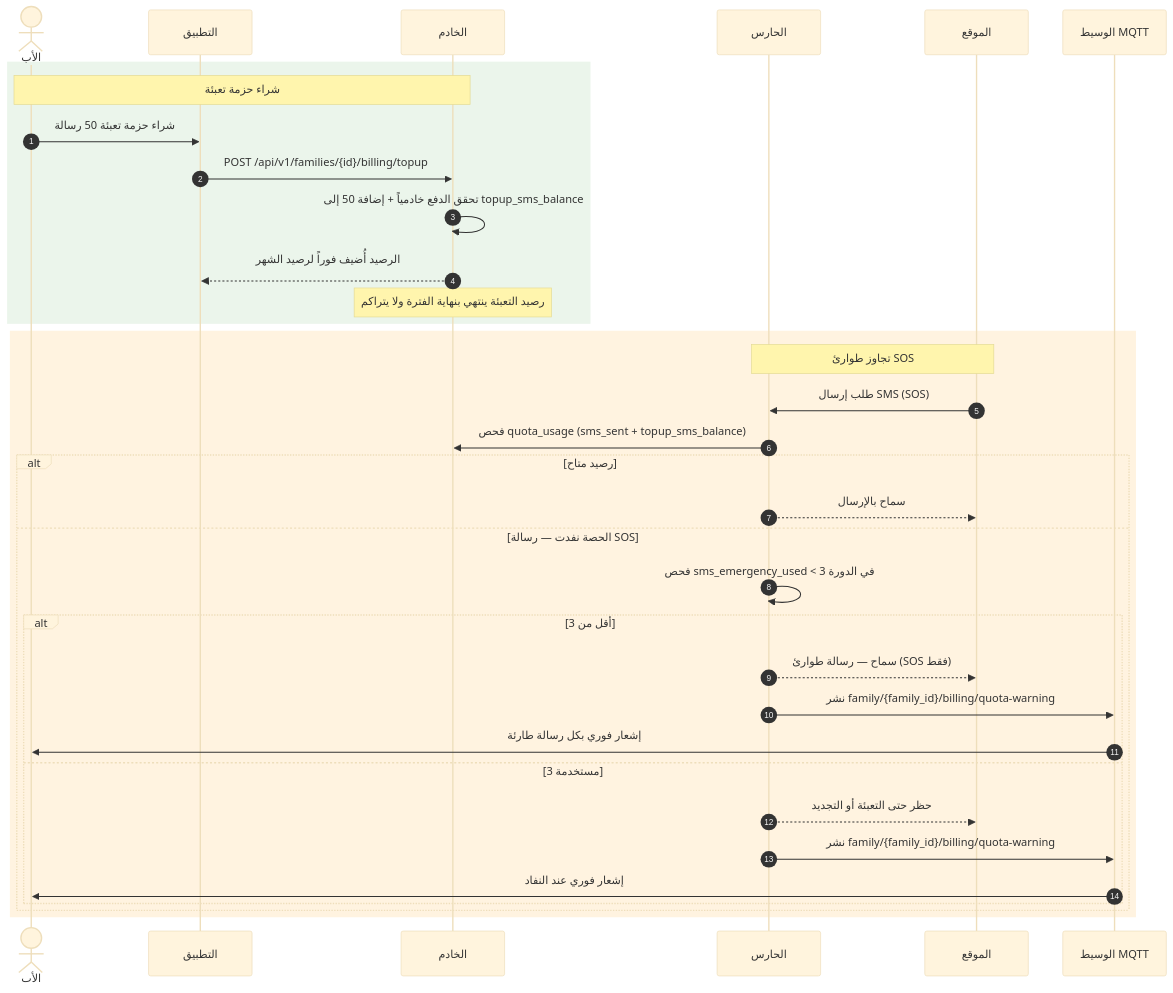
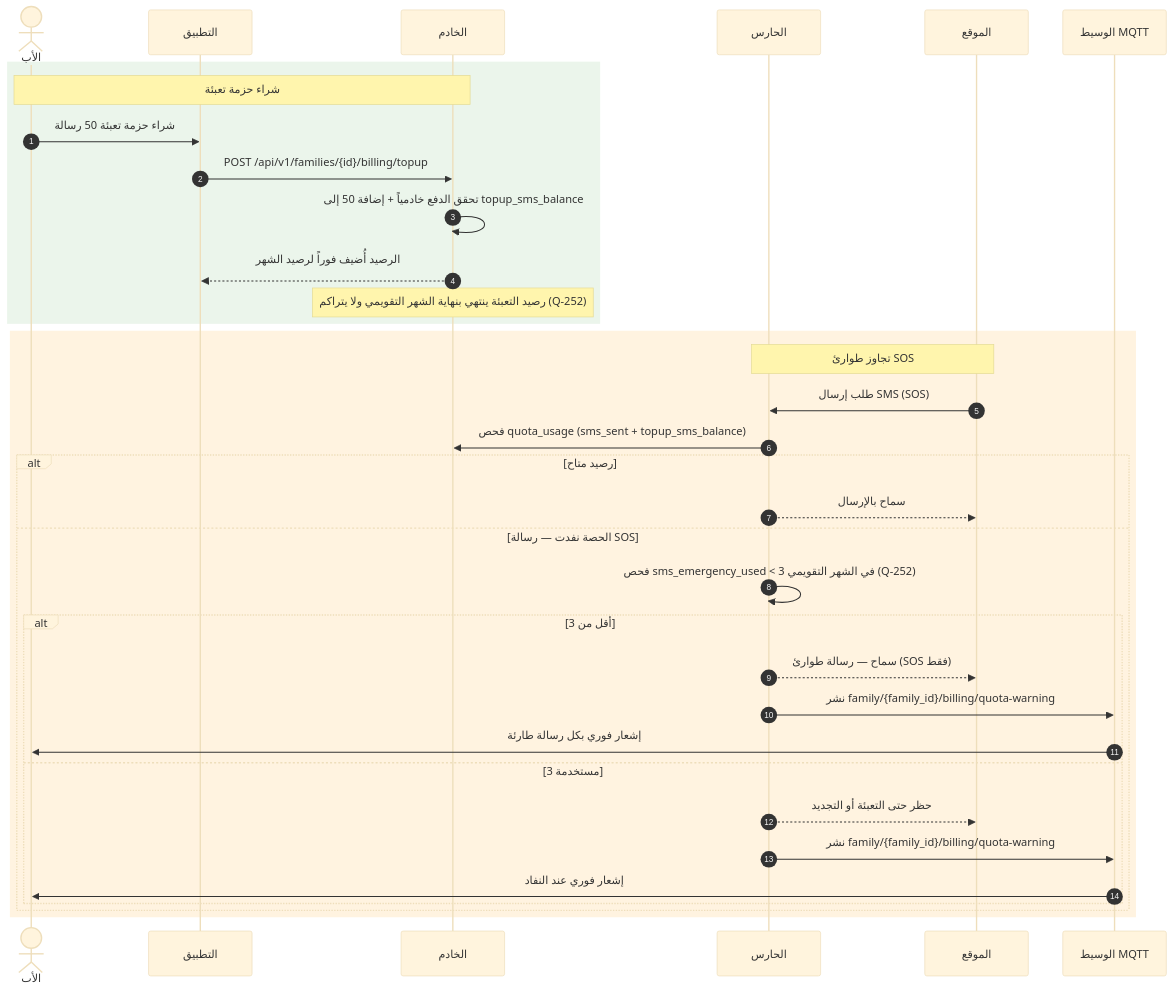
One commit to Bassam-mohammed-alqaeadi/family-os-v2 changed the fifth of 12 diagrams in docs/family-os/governance/phases/phase-1/S1-04-plans-and-subscriptions/DIAGRAMS.md. Above: the diagram before and after it, drawn with Mermaid (base theme). The commit also changed other lines of this file and 3 other files, not shown here.

````diff
--- a/docs/family-os/governance/phases/phase-1/S1-04-plans-and-subscriptions/DIAGRAMS.md
+++ b/docs/family-os/governance/phases/phase-1/S1-04-plans-and-subscriptions/DIAGRAMS.md
@@ -247,37 +247,37 @@
 ```mermaid
 sequenceDiagram
     autonumber
     actor Father as الأب
     participant App as التطبيق
     participant Ktor as الخادم
     participant Guard as الحارس
     participant S107 as الموقع
     participant Broker as الوسيط MQTT
     rect rgb(235, 245, 235)
         Note over Father,Ktor: شراء حزمة تعبئة
         Father->>App: شراء حزمة تعبئة 50 رسالة
         App->>Ktor: POST /api/v1/families/{id}/billing/topup
         Ktor->>Ktor: تحقق الدفع خادمياً + إضافة 50 إلى topup_sms_balance
         Ktor-->>App: الرصيد أُضيف فوراً لرصيد الشهر
-        Note over Ktor: رصيد التعبئة ينتهي بنهاية الفترة ولا يتراكم
+        Note over Ktor: رصيد التعبئة ينتهي بنهاية الشهر التقويمي ولا يتراكم (Q-252)
     end
     rect rgb(255, 243, 224)
         Note over S107,Guard: تجاوز طوارئ SOS
         S107->>Guard: طلب إرسال SMS (SOS)
         Guard->>Ktor: فحص quota_usage (sms_sent + topup_sms_balance)
         alt رصيد متاح
             Guard-->>S107: سماح بالإرسال
         else الحصة نفدت — رسالة SOS
-            Guard->>Guard: فحص sms_emergency_used < 3 في الدورة
+            Guard->>Guard: فحص sms_emergency_used < 3 في الشهر التقويمي (Q-252)
             alt أقل من 3
                 Guard-->>S107: سماح — رسالة طوارئ (SOS فقط)
                 Guard->>Broker: نشر family/{family_id}/billing/quota-warning
                 Broker->>Father: إشعار فوري بكل رسالة طارئة
             else 3 مستخدمة
                 Guard-->>S107: حظر حتى التعبئة أو التجديد
                 Guard->>Broker: نشر family/{family_id}/billing/quota-warning
                 Broker->>Father: إشعار فوري عند النفاد
             end
         end
     end
 ```
````
